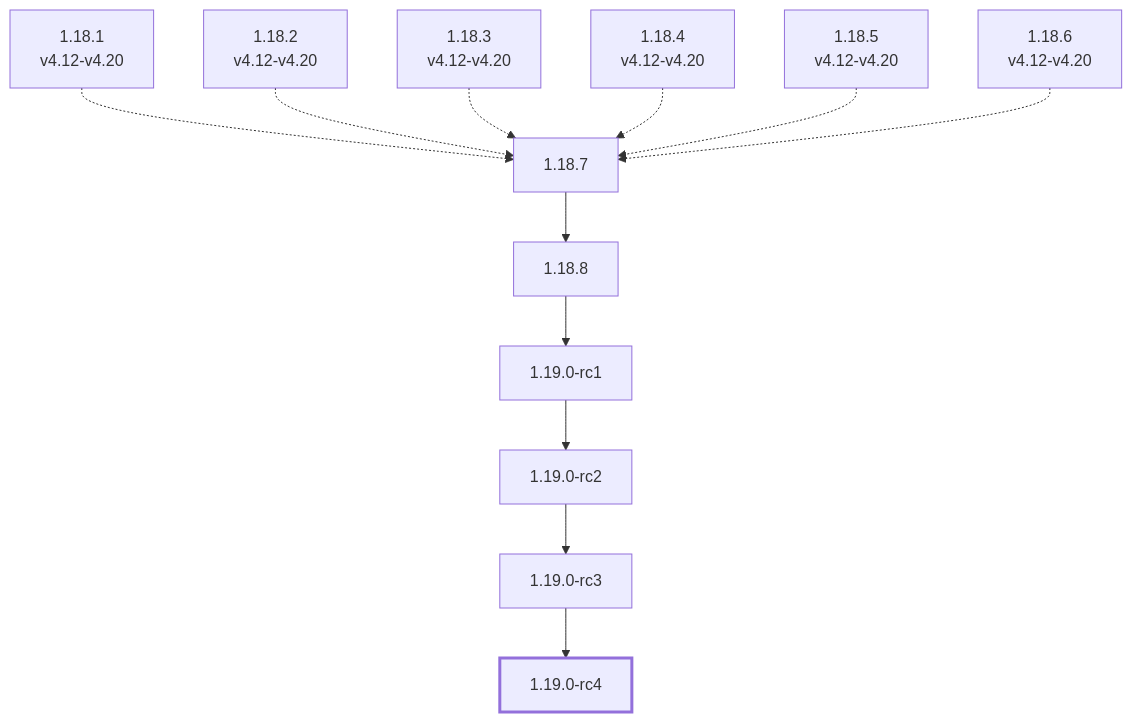
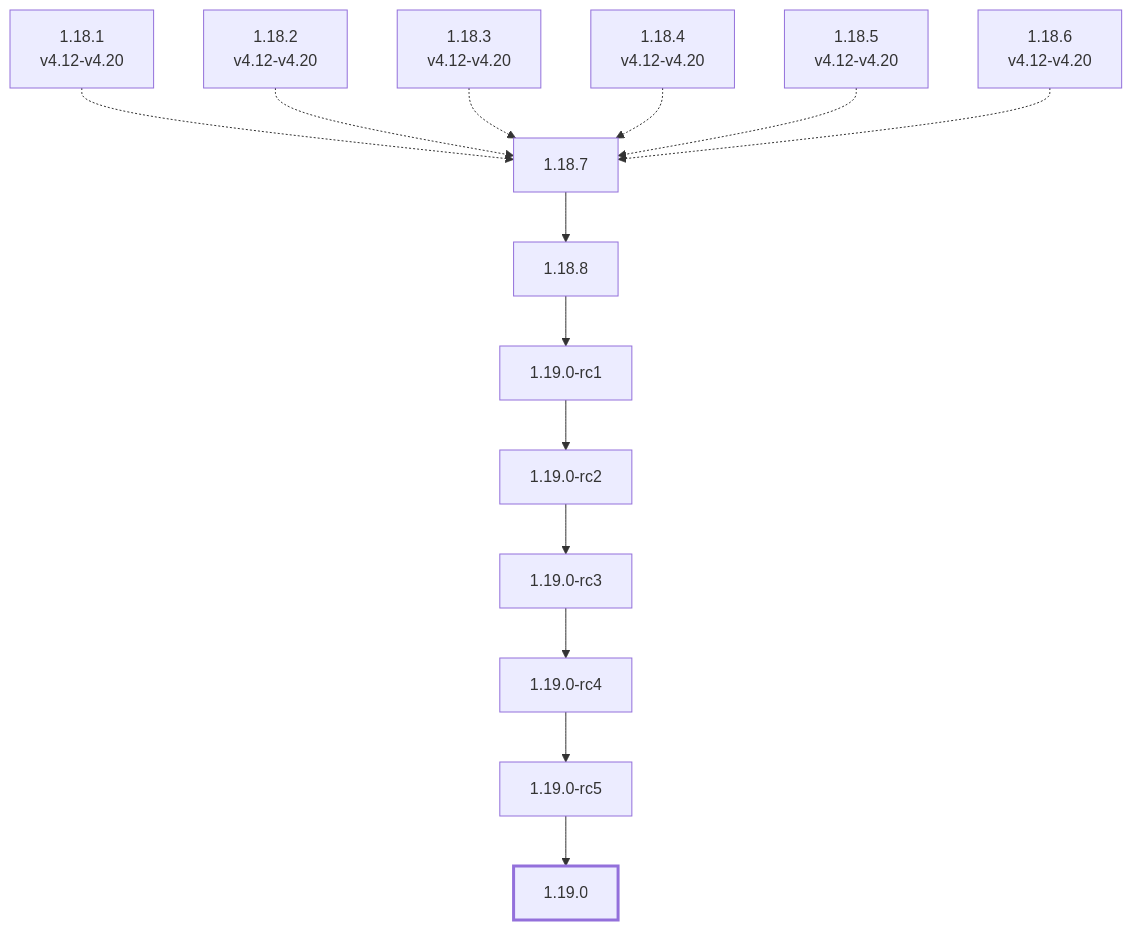
Before and after one commit to ongres/stackgres: the first of 3 diagrams in stackgres-k8s/install/operator-sdk/stackgres-operator/VERSIONS-red-hat-marketplace.md, drawn with Mermaid. The commit also changed other lines of this file and 4 other files, not shown here.

````diff
--- a/stackgres-k8s/install/operator-sdk/stackgres-operator/VERSIONS-red-hat-marketplace.md
+++ b/stackgres-k8s/install/operator-sdk/stackgres-operator/VERSIONS-red-hat-marketplace.md
@@ -18,28 +20,32 @@
 ```mermaid
 flowchart TD
   v1_18_1["1.18.1<br/>v4.12-v4.20"]
   v1_18_2["1.18.2<br/>v4.12-v4.20"]
   v1_18_3["1.18.3<br/>v4.12-v4.20"]
   v1_18_4["1.18.4<br/>v4.12-v4.20"]
   v1_18_5["1.18.5<br/>v4.12-v4.20"]
   v1_18_6["1.18.6<br/>v4.12-v4.20"]
   v1_18_7["1.18.7"]
   v1_18_8["1.18.8"]
   v1_19_0_rc1["1.19.0-rc1"]
   v1_19_0_rc2["1.19.0-rc2"]
   v1_19_0_rc3["1.19.0-rc3"]
-  v1_19_0_rc4["1.19.0-rc4"]:::head
+  v1_19_0_rc4["1.19.0-rc4"]
+  v1_19_0_rc5["1.19.0-rc5"]
+  v1_19_0["1.19.0"]:::head
   v1_18_1 -.-> v1_18_7
   v1_18_2 -.-> v1_18_7
   v1_18_3 -.-> v1_18_7
   v1_18_4 -.-> v1_18_7
   v1_18_5 -.-> v1_18_7
   v1_18_6 -.-> v1_18_7
   v1_18_7 --> v1_18_8
   v1_18_8 --> v1_19_0_rc1
   v1_19_0_rc1 --> v1_19_0_rc2
   v1_19_0_rc2 --> v1_19_0_rc3
   v1_19_0_rc3 --> v1_19_0_rc4
+  v1_19_0_rc4 --> v1_19_0_rc5
+  v1_19_0_rc5 --> v1_19_0
   classDef head stroke-width:3px
   classDef removed stroke-dasharray:4 4,color:#888
 ```
````
